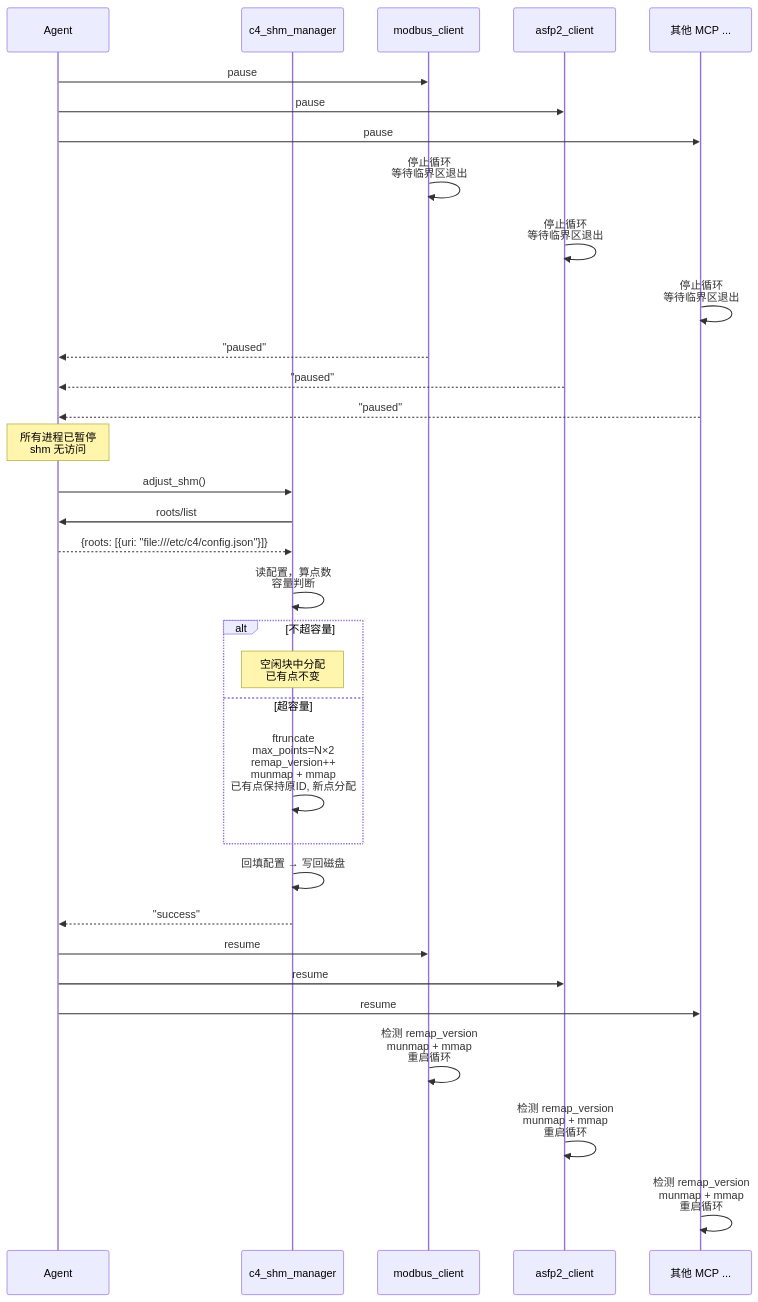
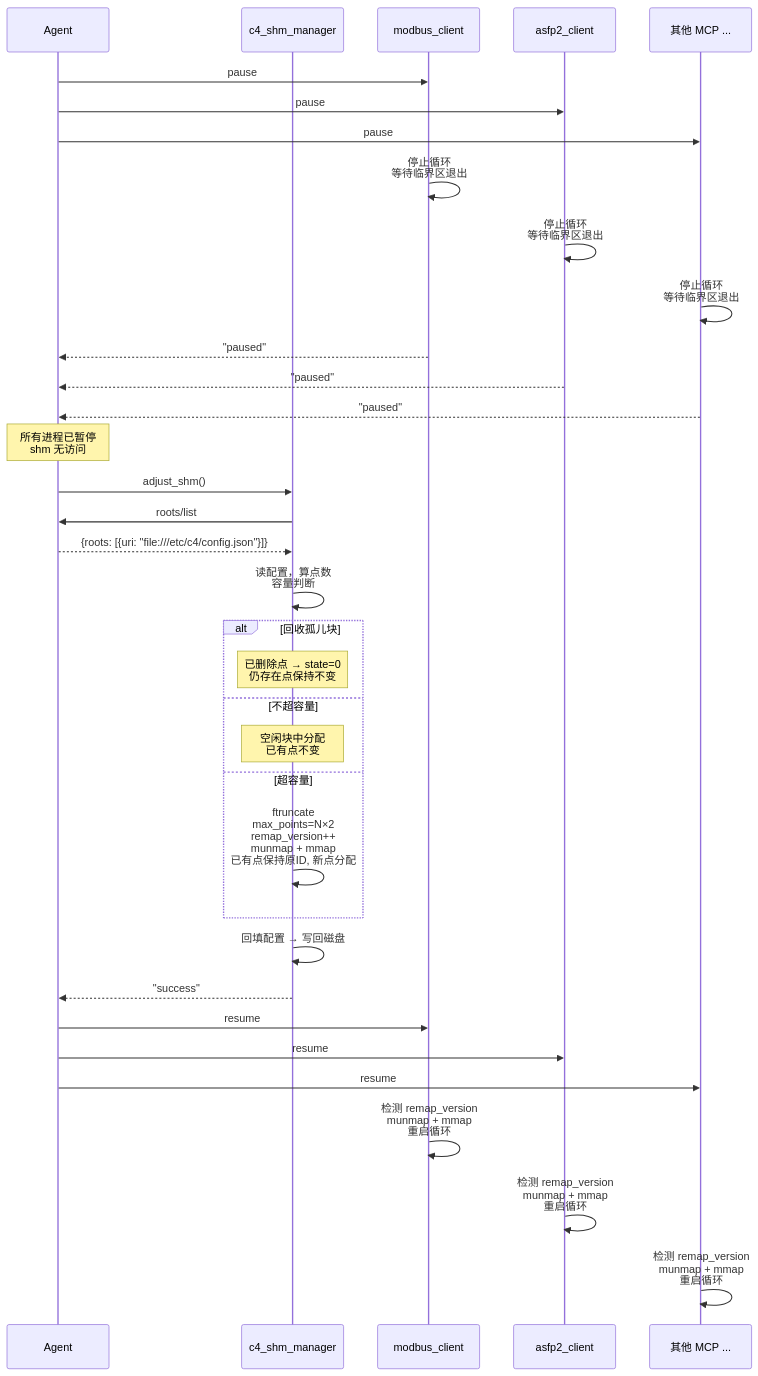
One commit to activesys/c4 changed the second of 8 diagrams in docs/design/c4_shm_manager.md. Above: the diagram before and after it, drawn with Mermaid. The commit also changed other lines of this file and 10 other files, not shown here.

````diff
--- a/docs/design/c4_shm_manager.md
+++ b/docs/design/c4_shm_manager.md
@@ -120,39 +125,41 @@
 ```mermaid
 sequenceDiagram
     participant A as Agent
     participant S as c4_shm_manager
     participant M1 as modbus_client
     participant M2 as asfp2_client
     participant M3 as 其他 MCP ...
 
     A->>M1: pause
     A->>M2: pause
     A->>M3: pause
     M1->>M1: 停止循环<br/>等待临界区退出
     M2->>M2: 停止循环<br/>等待临界区退出
     M3->>M3: 停止循环<br/>等待临界区退出
     M1-->>A: "paused"
     M2-->>A: "paused"
     M3-->>A: "paused"
 
     Note over A: 所有进程已暂停<br/>shm 无访问
 
     A->>S: adjust_shm()
     S->>A: roots/list
     A-->>S: {roots: [{uri: "file:///etc/c4/config.json"}]}
     S->>S: 读配置，算点数<br/>容量判断
-    alt 不超容量
+    alt 回收孤儿块
+        Note over S: 已删除点 → state=0<br/>仍存在点保持不变
+    else 不超容量
         Note over S: 空闲块中分配<br/>已有点不变
     else 超容量
         S->>S: ftruncate<br/>max_points=N×2<br/>remap_version++<br/>munmap + mmap<br/>已有点保持原ID, 新点分配
     end
     S->>S: 回填配置 → 写回磁盘
     S-->>A: "success"
 
     A->>M1: resume
     A->>M2: resume
     A->>M3: resume
     M1->>M1: 检测 remap_version<br/>munmap + mmap<br/>重启循环
     M2->>M2: 检测 remap_version<br/>munmap + mmap<br/>重启循环
     M3->>M3: 检测 remap_version<br/>munmap + mmap<br/>重启循环
 ```
````
